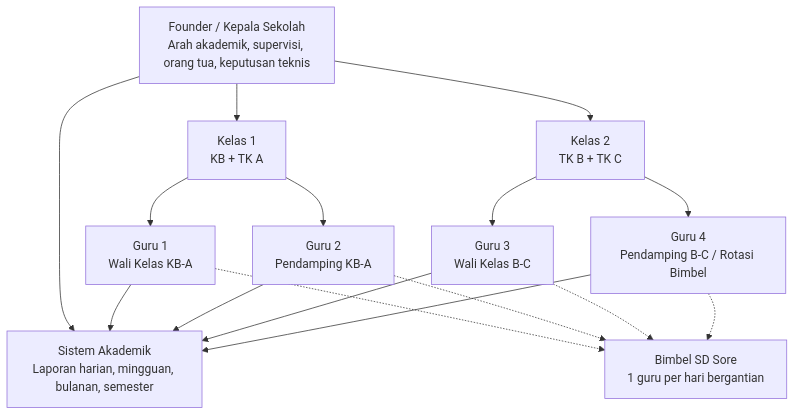
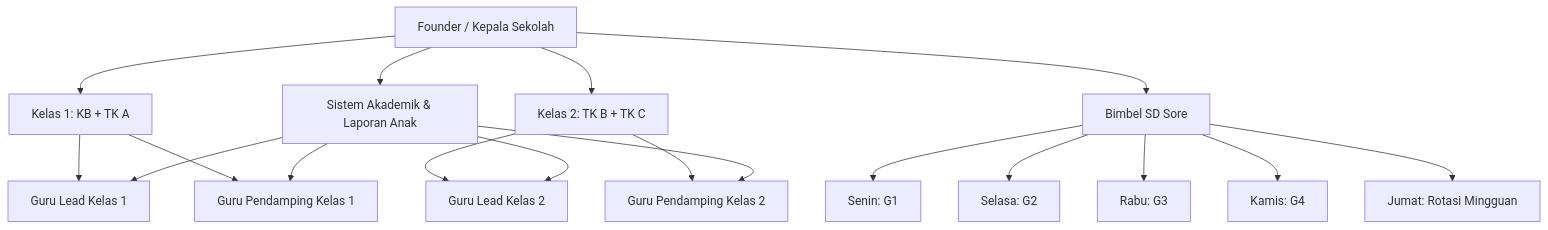
One commit to Mubax5/madani-media changed the second of 8 diagrams in readme.md. Above: the diagram before and after it, drawn with Mermaid. The commit also changed other lines of this file, not shown here.

````diff
--- a/readme.md
+++ b/readme.md
@@ -10,27 +83,26 @@
 ```mermaid
 flowchart TB
-    KS[Founder / Kepala Sekolah\nArah akademik, supervisi, orang tua, keputusan teknis]
-    K1[Kelas 1\nKB + TK A]
-    K2[Kelas 2\nTK B + TK C]
-    G1[Guru 1\nWali Kelas KB-A]
-    G2[Guru 2\nPendamping KB-A]
-    G3[Guru 3\nWali Kelas B-C]
-    G4[Guru 4\nPendamping B-C / Rotasi Bimbel]
-    S[Sistem Akademik\nLaporan harian, mingguan, bulanan, semester]
-    B[Bimbel SD Sore\n1 guru per hari bergantian]
-    KS --> K1
-    KS --> K2
-    KS --> S
-    K1 --> G1
-    K1 --> G2
-    K2 --> G3
-    K2 --> G4
-    G1 --> S
-    G2 --> S
-    G3 --> S
-    G4 --> S
-    G1 -.-> B
-    G2 -.-> B
-    G3 -.-> B
-    G4 -.-> B
+    KS[Founder / Kepala Sekolah]
+
+    KS --> K1[Kelas 1: KB + TK A]
+    KS --> K2[Kelas 2: TK B + TK C]
+    KS --> ADM[Sistem Akademik & Laporan Anak]
+    KS --> BIM[Bimbel SD Sore]
+
+    K1 --> G1[Guru Lead Kelas 1]
+    K1 --> G2[Guru Pendamping Kelas 1]
+
+    K2 --> G3[Guru Lead Kelas 2]
+    K2 --> G4[Guru Pendamping Kelas 2]
+
+    ADM --> G1
+    ADM --> G2
+    ADM --> G3
+    ADM --> G4
+
+    BIM --> R1[Senin: G1]
+    BIM --> R2[Selasa: G2]
+    BIM --> R3[Rabu: G3]
+    BIM --> R4[Kamis: G4]
+    BIM --> R5[Jumat: Rotasi Mingguan]
 ```
````
